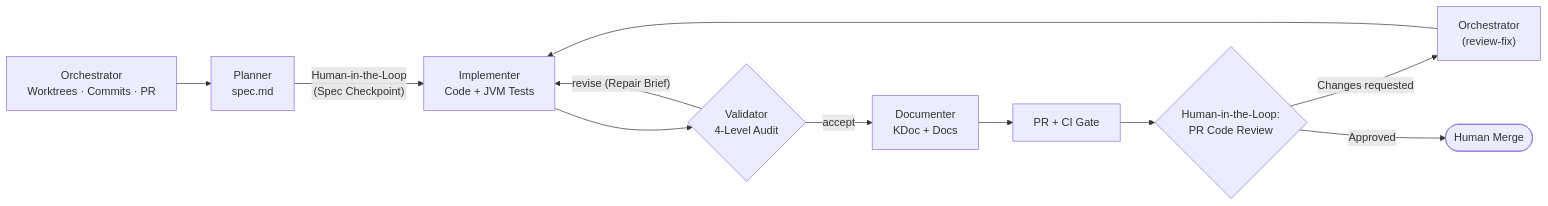
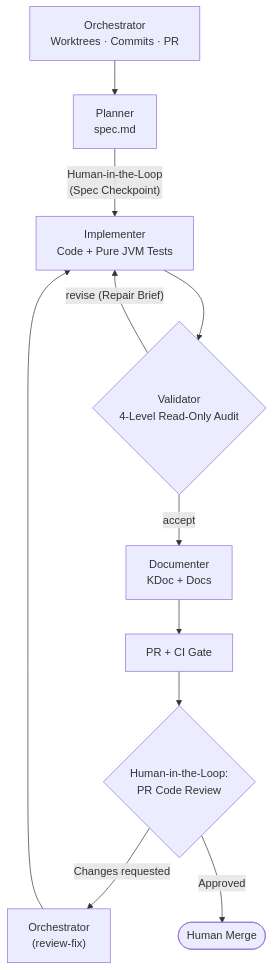
The third of 3 diagrams in README.md (albertmartorell1975/BasketCoach), drawn with Mermaid before and after one commit. The commit also changed other lines of this file, not shown here.

Commit message:
docs(readme): add Android AI Workflow Foundation repository links and update architecture flowcharts

````diff
--- a/README.md
+++ b/README.md
@@ -79,12 +79,12 @@
 ```mermaid
-flowchart LR
+flowchart TD
     O["Orchestrator<br/>Worktrees · Commits · PR"] --> P["Planner<br/>spec.md"]
-    P -- "Human-in-the-Loop<br/>(Spec Checkpoint)" --> I["Implementer<br/>Code + JVM Tests"]
-    I --> V{"Validator<br/>4-Level Audit"}
+    P -- "Human-in-the-Loop<br/>(Spec Checkpoint)" --> I["Implementer<br/>Code + Pure JVM Tests"]
+    I --> V{"Validator<br/>4-Level Read-Only Audit"}
     V -- "revise (Repair Brief)" --> I
     V -- "accept" --> D["Documenter<br/>KDoc + Docs"]
     D --> PR["PR + CI Gate"]
     PR --> Review{"Human-in-the-Loop:<br/>PR Code Review"}
     Review -- "Changes requested" --> RF["Orchestrator<br/>(review-fix)"] --> I
     Review -- "Approved" --> Merge(["Human Merge"])
 ```
````
